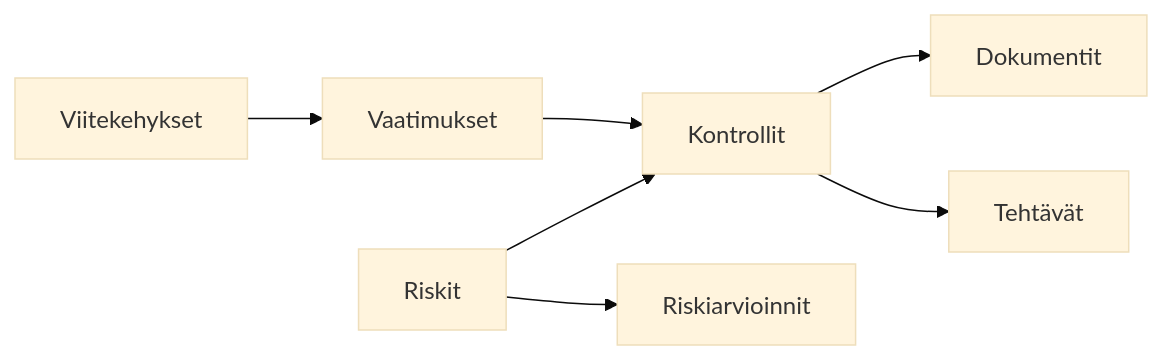
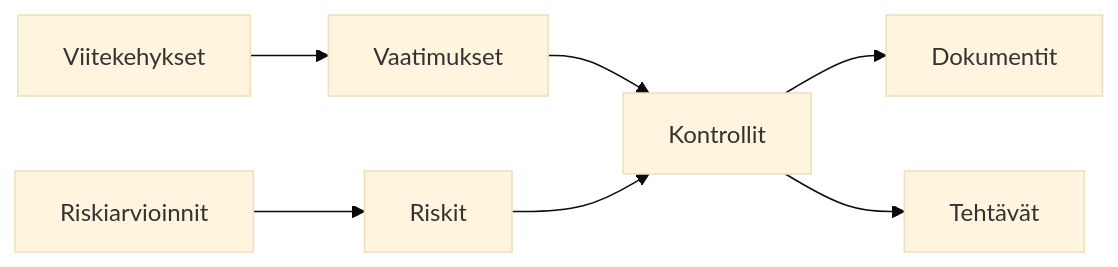
Before and after one commit to tekve/gover-docs: the diagram in i18n/fi/docusaurus-plugin-content-docs/current/getting-started/intro.md, drawn with Mermaid (base theme). The commit also changed 2 other files, not shown here.

Commit message:
Fix mermaid diagrams and translate 'Edit this page'

````diff
--- a/i18n/fi/docusaurus-plugin-content-docs/current/getting-started/intro.md
+++ b/i18n/fi/docusaurus-plugin-content-docs/current/getting-started/intro.md
@@ -15,9 +15,9 @@
 ```mermaid
 flowchart LR
     F[Viitekehykset] --> R[Vaatimukset]
     R --> C[Kontrollit]
     C --> D[Dokumentit]
     C --> T[Tehtävät]
     RI[Riskit] --> C
-    RI --> RA[Riskiarvioinnit]
+    RA[Riskiarvioinnit] --> RI
 ```
````
